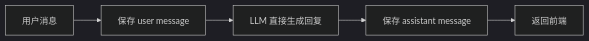
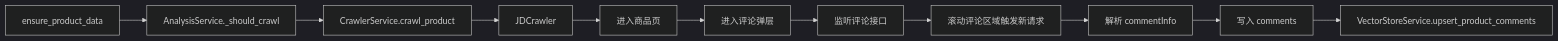
The fifth of 5 diagrams in docs/2.系统整体架构图.md (AliKEATON/MA-ESAS), drawn with Mermaid (dark theme) before and after one commit. The commit also changed other lines of this file and 99 other files, not shown here.

````diff
--- a/docs/2.系统整体架构图.md
+++ b/docs/2.系统整体架构图.md
@@ -118,7 +210,13 @@
 ```mermaid
 flowchart LR
-    A["用户消息"] --> B["保存 user message"]
-    B --> C["LLM 直接生成回复"]
-    C --> D["保存 assistant message"]
-    D --> E["返回前端"]
+    A["ensure_product_data"] --> B["AnalysisService._should_crawl"]
+    B --> C["CrawlerService.crawl_product"]
+    C --> D["JDCrawler"]
+    D --> E["进入商品页"]
+    E --> F["进入评论弹层"]
+    F --> G["监听评论接口"]
+    G --> H["滚动评论区域触发新请求"]
+    H --> I["解析 commentInfo"]
+    I --> J["写入 comments"]
+    J --> K["VectorStoreService.upsert_product_comments"]
 ```
````
